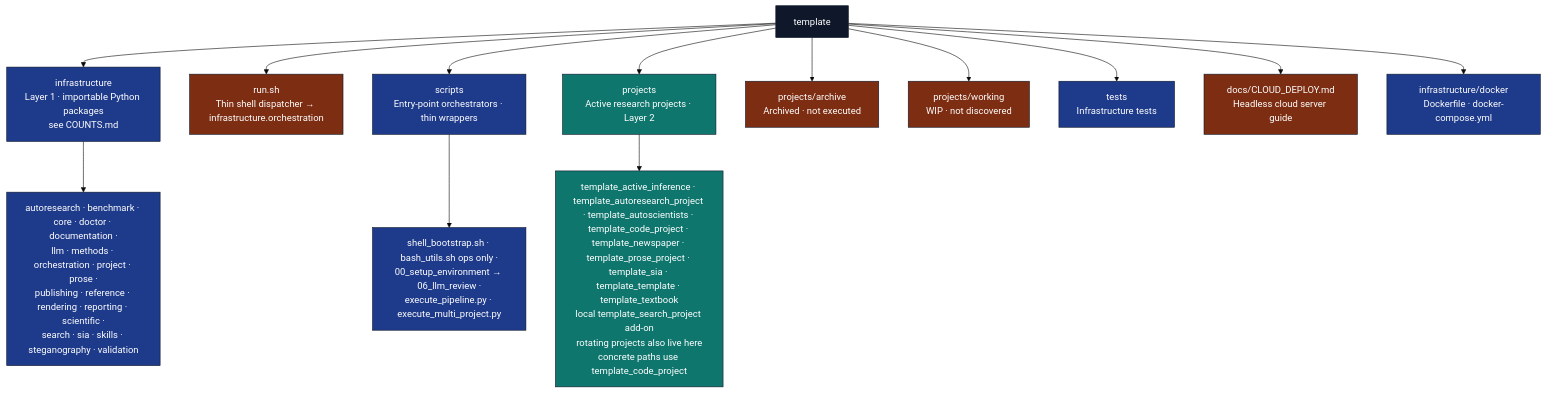
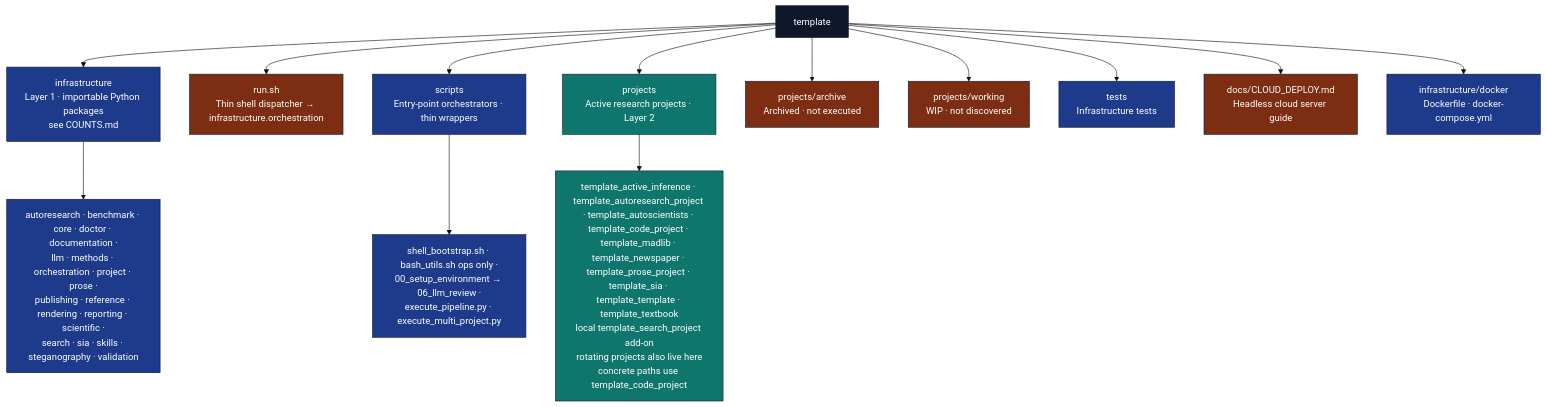
Before and after one commit to docxology/template: the diagram in docs/PAI.md, drawn with Mermaid (base theme). The commit also changed 123 other files, not shown here.

````diff
--- a/docs/PAI.md
+++ b/docs/PAI.md
@@ -69,28 +69,28 @@
 ```mermaid
 flowchart TB
     ROOT[template]
     ROOT --> INFRA[infrastructure<br/>Layer 1 · importable Python packages<br/>see COUNTS.md]
     ROOT --> RUN[run.sh<br/>Thin shell dispatcher → infrastructure.orchestration]
     ROOT --> SCR[scripts<br/>Entry-point orchestrators · thin wrappers]
     ROOT --> PROJ[projects<br/>Active research projects · Layer 2]
     ROOT --> ARCH[projects/archive<br/>Archived · not executed]
     ROOT --> WIP[projects/working<br/>WIP · not discovered]
     ROOT --> T[tests<br/>Infrastructure tests]
     ROOT --> DOCS[docs/CLOUD_DEPLOY.md<br/>Headless cloud server guide]
     ROOT --> DOCKER[infrastructure/docker<br/>Dockerfile · docker-compose.yml]
 
     INFRA --> INFRA_PKGS[autoresearch · benchmark · core · doctor · documentation ·<br/>llm · methods · orchestration · project · prose ·<br/>publishing · reference · rendering · reporting · scientific ·<br/>search · sia · skills · steganography · validation]
 
     SCR --> SCR_FILES[shell_bootstrap.sh · bash_utils.sh ops only ·<br/>00_setup_environment → 06_llm_review ·<br/>execute_pipeline.py · execute_multi_project.py]
 
-    PROJ --> PROJ_F["template_active_inference · template_autoresearch_project · template_autoscientists · template_code_project · template_newspaper · template_prose_project · template_sia · template_template · template_textbook<br/>local template_search_project add-on<br/>rotating projects also live here<br/>concrete paths use template_code_project"]
+    PROJ --> PROJ_F["template_active_inference · template_autoresearch_project · template_autoscientists · template_code_project · template_madlib · template_newspaper · template_prose_project · template_sia · template_template · template_textbook<br/>local template_search_project add-on<br/>rotating projects also live here<br/>concrete paths use template_code_project"]
 
     classDef root fill:#0f172a,stroke:#0f172a,color:#fff
     classDef l1 fill:#1e3a8a,stroke:#0f172a,color:#fff
     classDef l2 fill:#0f766e,stroke:#0f172a,color:#fff
     classDef gen fill:#7c2d12,stroke:#0f172a,color:#fff
     class ROOT root
     class INFRA,SCR,T,DOCKER,INFRA_PKGS,SCR_FILES l1
     class PROJ,PROJ_F l2
     class ARCH,WIP,DOCS,RUN gen
 ```
````
